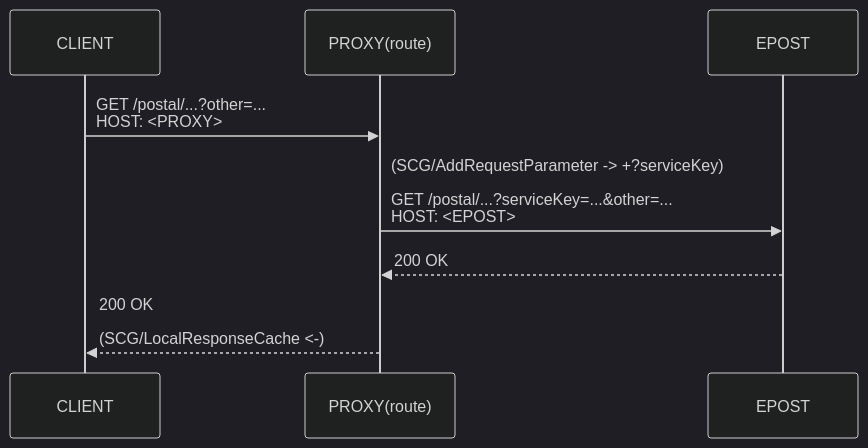
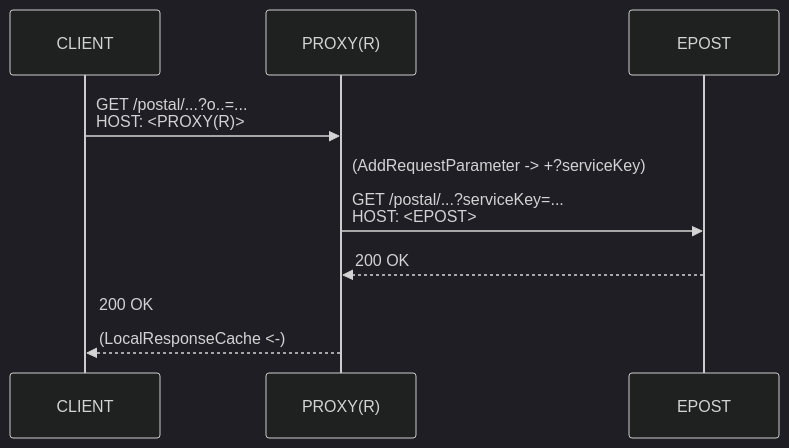
Before and after one commit to jinahya/epost-openapi-proxy: the second of 3 diagrams in README.md, drawn with Mermaid (dark theme). The commit also changed other lines of this file, not shown here.

````diff
--- a/README.md
+++ b/README.md
@@ -27,8 +27,8 @@
 ```mermaid
 %%{init: { 'sequence': {'messageAlign': 'left'}, 'fontFamily': 'monospace' }}%%
 sequenceDiagram
-    CLIENT->>PROXY(route): GET /postal/...?other=...<br>HOST: <PROXY>
-    PROXY(route)->>EPOST: (SCG/AddRequestParameter -> +?serviceKey)<br><br>GET /postal/...?serviceKey=...&other=...<br>HOST: <EPOST>
-    EPOST-->>PROXY(route): 200 OK
-    PROXY(route)-->>CLIENT: 200 OK<br><br>(SCG/LocalResponseCache <-)
+    CLIENT->>PROXY(R): GET /postal/...?o..=...<br>HOST: <PROXY(R)>
+    PROXY(R)->>EPOST: (AddRequestParameter -> +?serviceKey)<br><br>GET /postal/...?serviceKey=...<br>HOST: <EPOST>
+    EPOST-->>PROXY(R): 200 OK
+    PROXY(R)-->>CLIENT: 200 OK<br><br>(LocalResponseCache <-)
 ```
````
